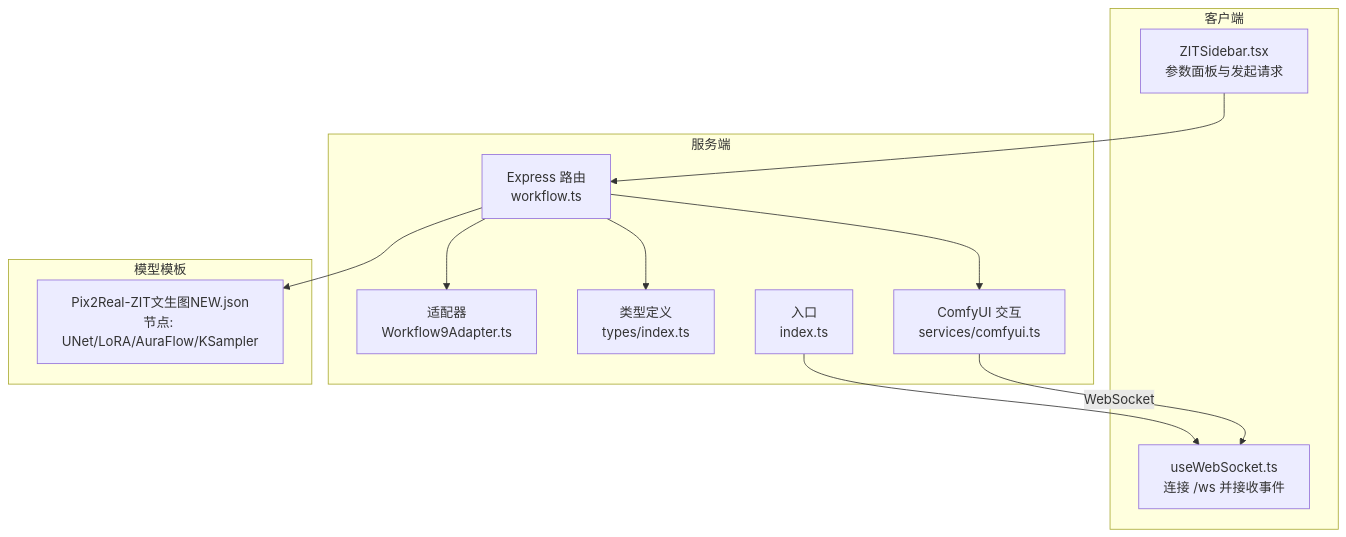
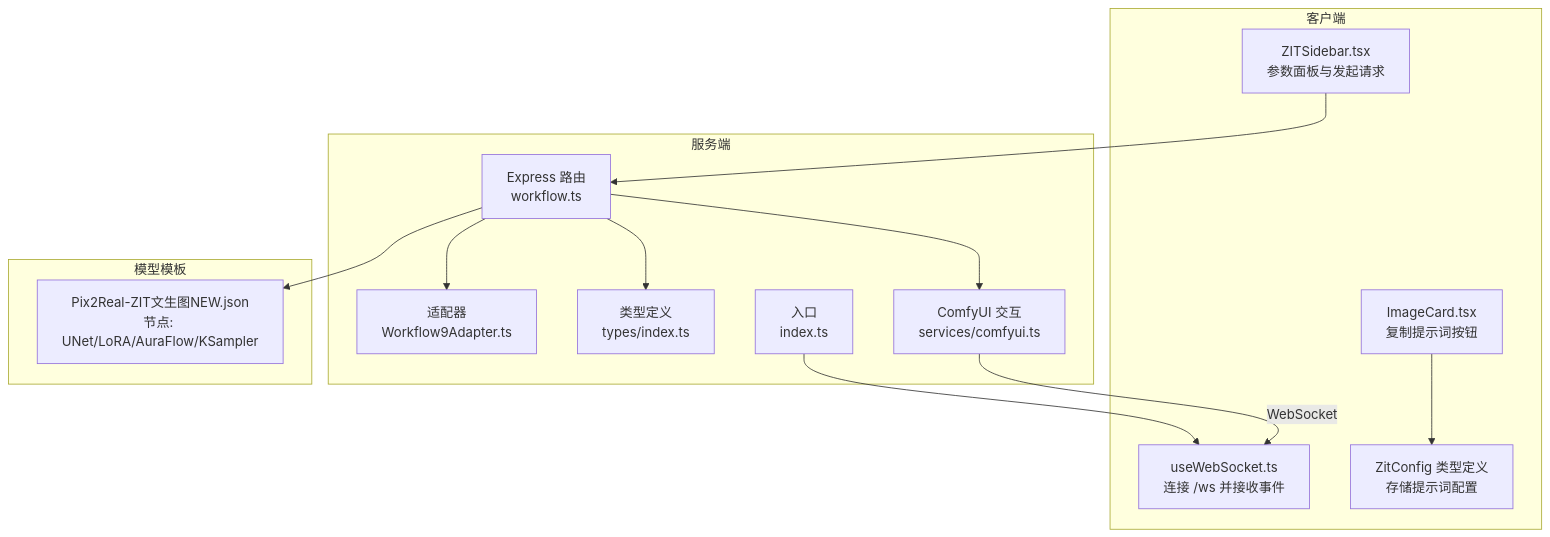
The first of 5 diagrams in .qoder/repowiki/zh/content/API 参考文档/工作流 API/核心工作流 API/ZIT快出工作流 API.md (billye220670/CorineKit_Pix2Real), drawn with Mermaid before and after one commit. The commit also changed other lines of this file and 49 other files, not shown here.

````diff
--- a/.qoder/repowiki/zh/content/API 参考文档/工作流 API/核心工作流 API/ZIT快出工作流 API.md
+++ b/.qoder/repowiki/zh/content/API 参考文档/工作流 API/核心工作流 API/ZIT快出工作流 API.md
@@ -41,24 +44,27 @@
 ```mermaid
 graph TB
 subgraph "客户端"
 UI["ZITSidebar.tsx<br/>参数面板与发起请求"]
 WSClient["useWebSocket.ts<br/>连接 /ws 并接收事件"]
+ImageCard["ImageCard.tsx<br/>复制提示词按钮"]
+ZitConfig["ZitConfig 类型定义<br/>存储提示词配置"]
 end
 subgraph "服务端"
 API["Express 路由<br/>workflow.ts"]
 Adapters["适配器<br/>Workflow9Adapter.ts"]
 Types["类型定义<br/>types/index.ts"]
 Index["入口<br/>index.ts"]
 Comfy["ComfyUI 交互<br/>services/comfyui.ts"]
 end
 subgraph "模型模板"
 Tpl["Pix2Real-ZIT文生图NEW.json<br/>节点: UNet/LoRA/AuraFlow/KSampler"]
 end
 UI --> API
 API --> Adapters
 API --> Comfy
 API --> Types
 Index --> WSClient
 Comfy --> |"WebSocket"| WSClient
 API --> Tpl
+ImageCard --> ZitConfig
 ```
````
